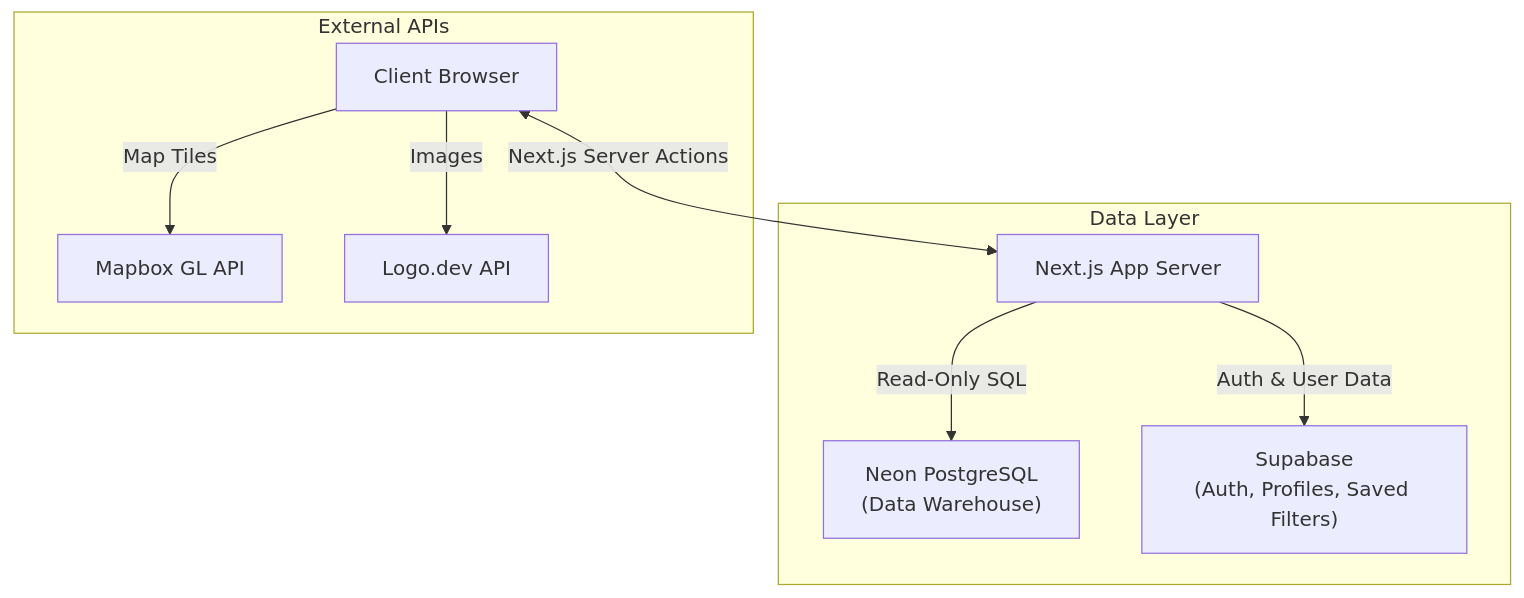
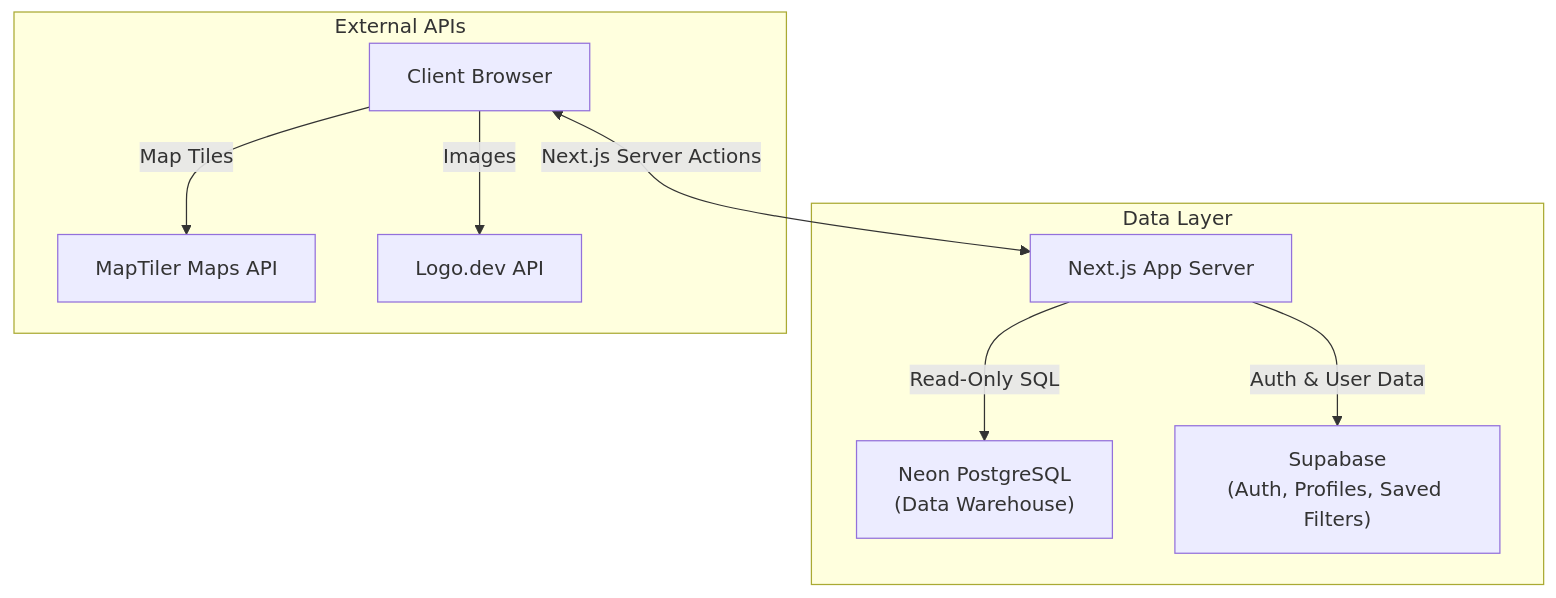
One commit to Bamboo-Reports/bamboo-reports-nextjs changed the diagram in README.md. Above: the diagram before and after it, drawn with Mermaid. The commit also changed other lines of this file and 7 other files, not shown here.

Commit message:
Switch maps to MapTiler boundaries and configurable style

````diff
--- a/README.md
+++ b/README.md
@@ -74,14 +74,14 @@
 ```mermaid
 graph TD
     Client[Client Browser] <-->|Next.js Server Actions| AppServer[Next.js App Server]
     
     subgraph Data Layer
         AppServer -->|Read-Only SQL| Neon["Neon PostgreSQL<br/>(Data Warehouse)"]
         AppServer -->|Auth & User Data| Supabase["Supabase<br/>(Auth, Profiles, Saved Filters)"]
     end
     
     subgraph External APIs
-        Client -->|Map Tiles| Mapbox[Mapbox GL API]
+        Client -->|Map Tiles| MapTiler[MapTiler Maps API]
         Client -->|Images| LogoDev[Logo.dev API]
     end
 ```
````
